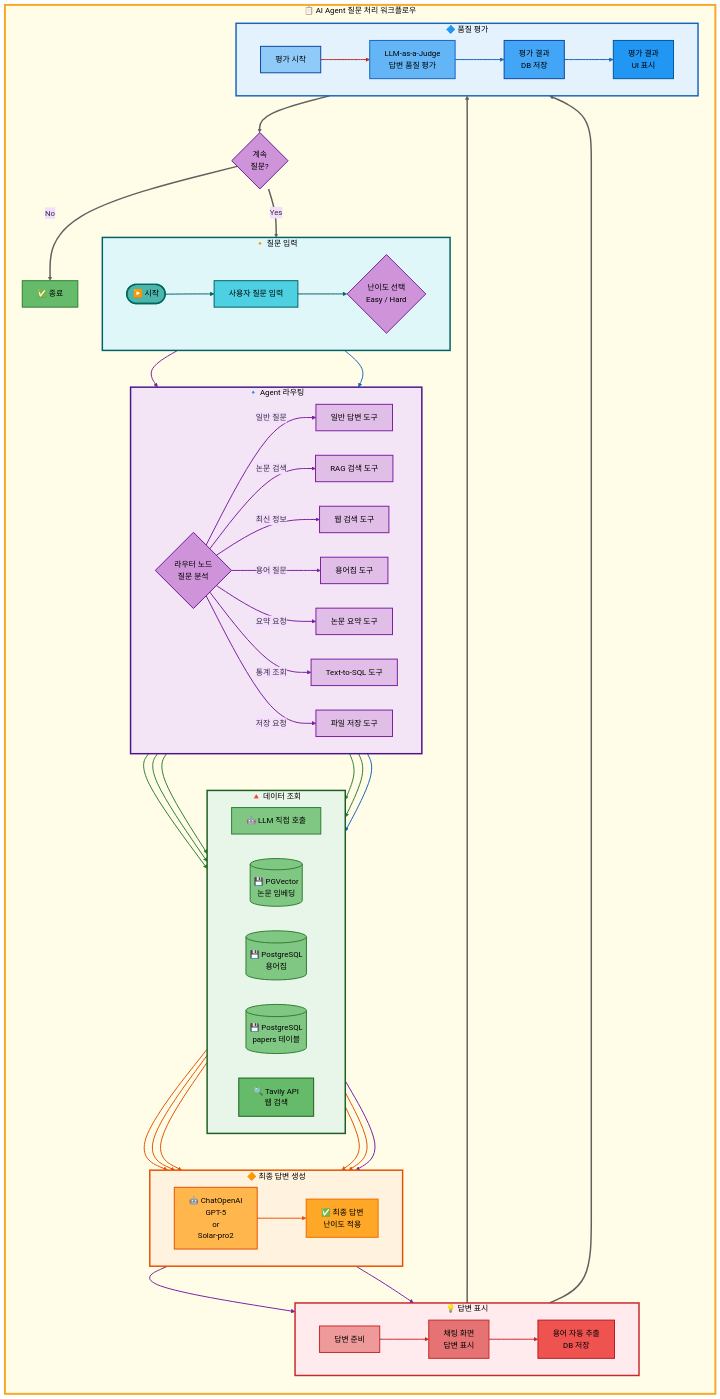
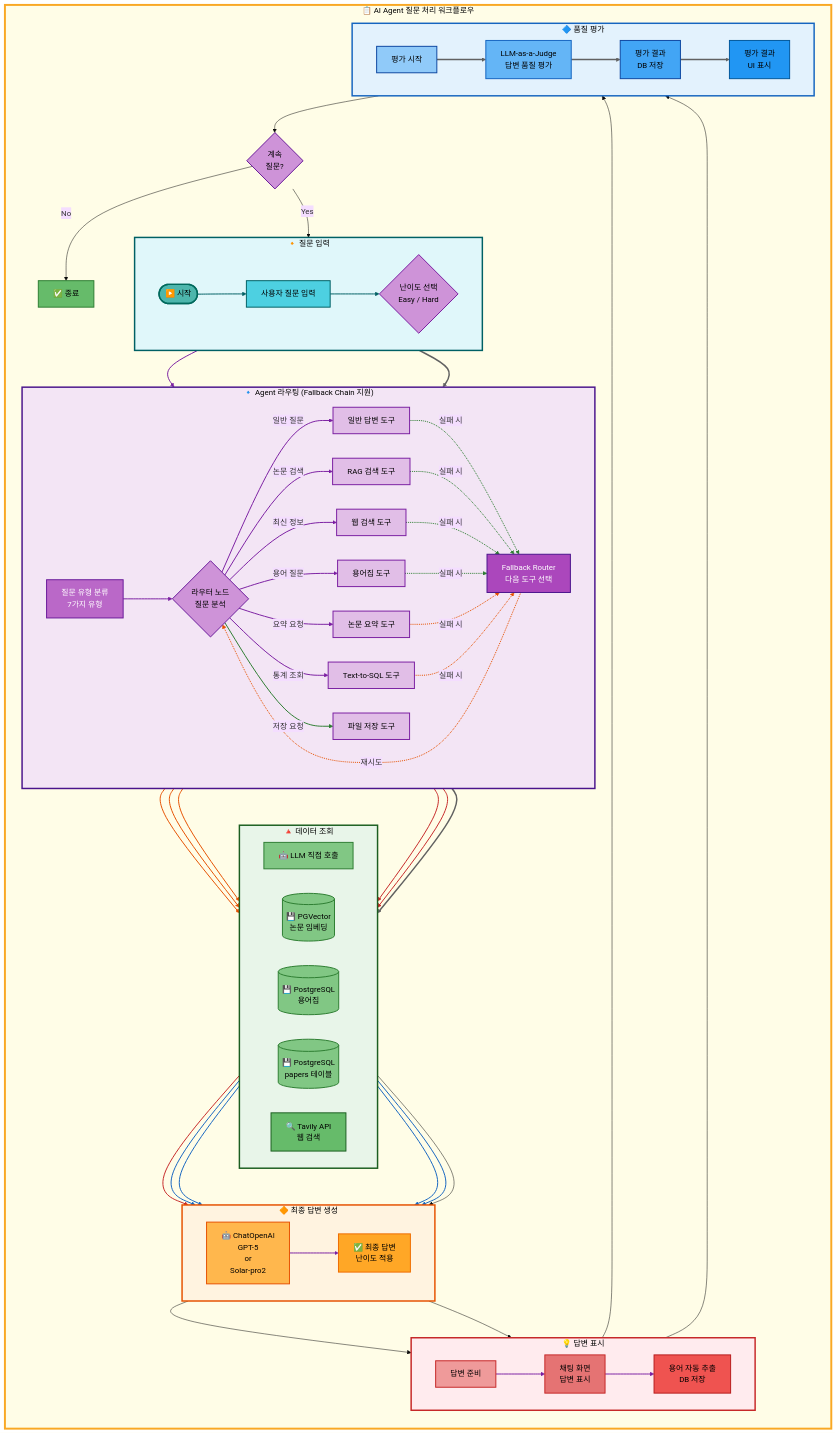
Before and after one commit to AIBootcamp14/langchainproject-new-langchainproject_5: the second of 3 diagrams in docs/modularization/01_프로젝트_구조.md, drawn with Mermaid (base theme). The commit also changed other lines of this file, not shown here.

First line of the commit message:
docs: 프로젝트 구조 문서의 mermaid 다이어그램에 Fallback Chain 추가

```diff
--- a/docs/modularization/01_프로젝트_구조.md
+++ b/docs/modularization/01_프로젝트_구조.md
@@ -125,9 +125,10 @@
             User --> Difficulty{난이도 선택<br/>Easy / Hard}
         end
 
-        subgraph AgentProcessing["🔹 Agent 라우팅"]
+        subgraph AgentProcessing["🔹 Agent 라우팅 (Fallback Chain 지원)"]
             direction LR
-            Difficulty --> Router{라우터 노드<br/>질문 분석}
+            Difficulty --> ClassifyQ[질문 유형 분류<br/>7가지 유형]
+            ClassifyQ --> Router{라우터 노드<br/>질문 분석}
             Router -->|일반 질문| GeneralTool[일반 답변 도구]
             Router -->|논문 검색| RAGTool[RAG 검색 도구]
             Router -->|최신 정보| WebTool[웹 검색 도구]
@@ -135,6 +136,14 @@
             Router -->|요약 요청| SummarizeTool[논문 요약 도구]
             Router -->|통계 조회| Text2SQLTool[Text-to-SQL 도구]
             Router -->|저장 요청| SaveTool[파일 저장 도구]
+
+            GeneralTool -.->|실패 시| FallbackRouter[Fallback Router<br/>다음 도구 선택]
+            RAGTool -.->|실패 시| FallbackRouter
+            WebTool -.->|실패 시| FallbackRouter
+            GlossaryTool -.->|실패 시| FallbackRouter
+            SummarizeTool -.->|실패 시| FallbackRouter
+            Text2SQLTool -.->|실패 시| FallbackRouter
+            FallbackRouter -.->|재시도| Router
         end
 
         subgraph DataRetrieval["🔺 데이터 조회"]
@@ -199,6 +208,7 @@
     style Difficulty fill:#ce93d8,stroke:#7b1fa2,stroke-width:2px,color:#000
 
     %% 노드 스타일 (Agent - 보라 계열)
+    style ClassifyQ fill:#ba68c8,stroke:#6a1b9a,stroke-width:2px,color:#fff
     style Router fill:#ce93d8,stroke:#6a1b9a,stroke-width:2px,color:#000
     style GeneralTool fill:#e1bee7,stroke:#7b1fa2,stroke-width:2px,color:#000
     style RAGTool fill:#e1bee7,stroke:#7b1fa2,stroke-width:2px,color:#000
@@ -207,6 +217,7 @@
     style SummarizeTool fill:#e1bee7,stroke:#7b1fa2,stroke-width:2px,color:#000
     style Text2SQLTool fill:#e1bee7,stroke:#7b1fa2,stroke-width:2px,color:#000
     style SaveTool fill:#e1bee7,stroke:#7b1fa2,stroke-width:2px,color:#000
+    style FallbackRouter fill:#ab47bc,stroke:#4a148c,stroke-width:2px,color:#fff
 
     %% 노드 스타일 (데이터 조회 - 녹색 계열)
     style LLMDirect fill:#81c784,stroke:#2e7d32,stroke-width:2px,color:#000
```
